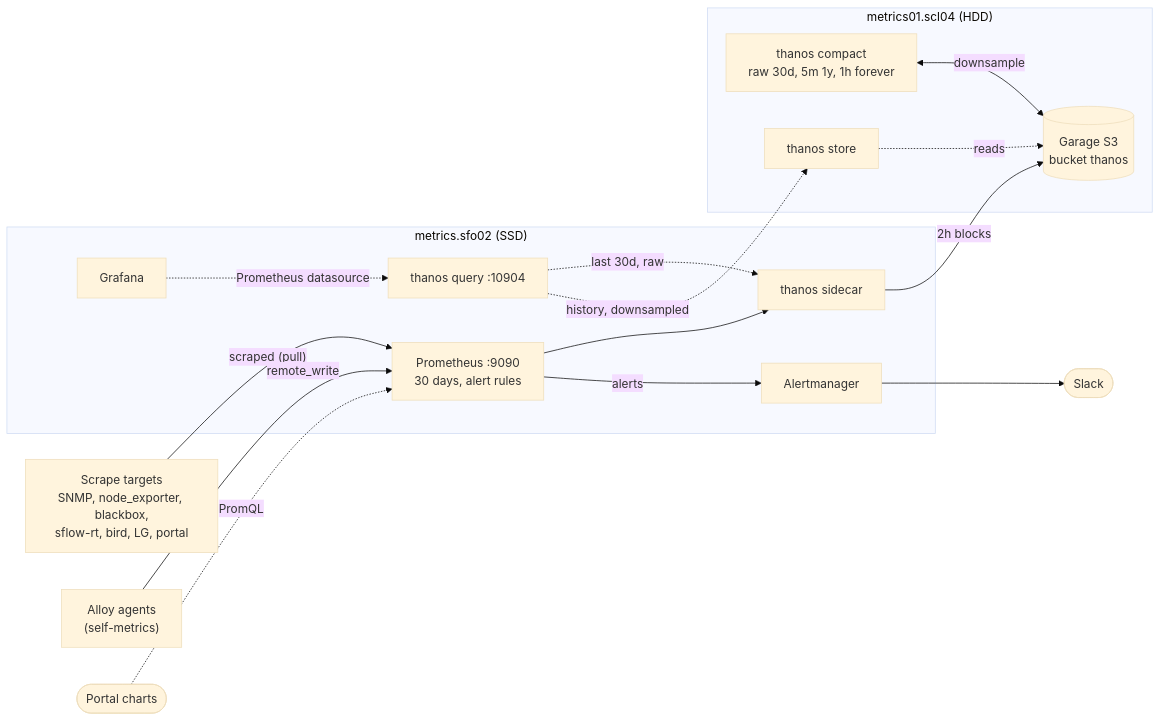
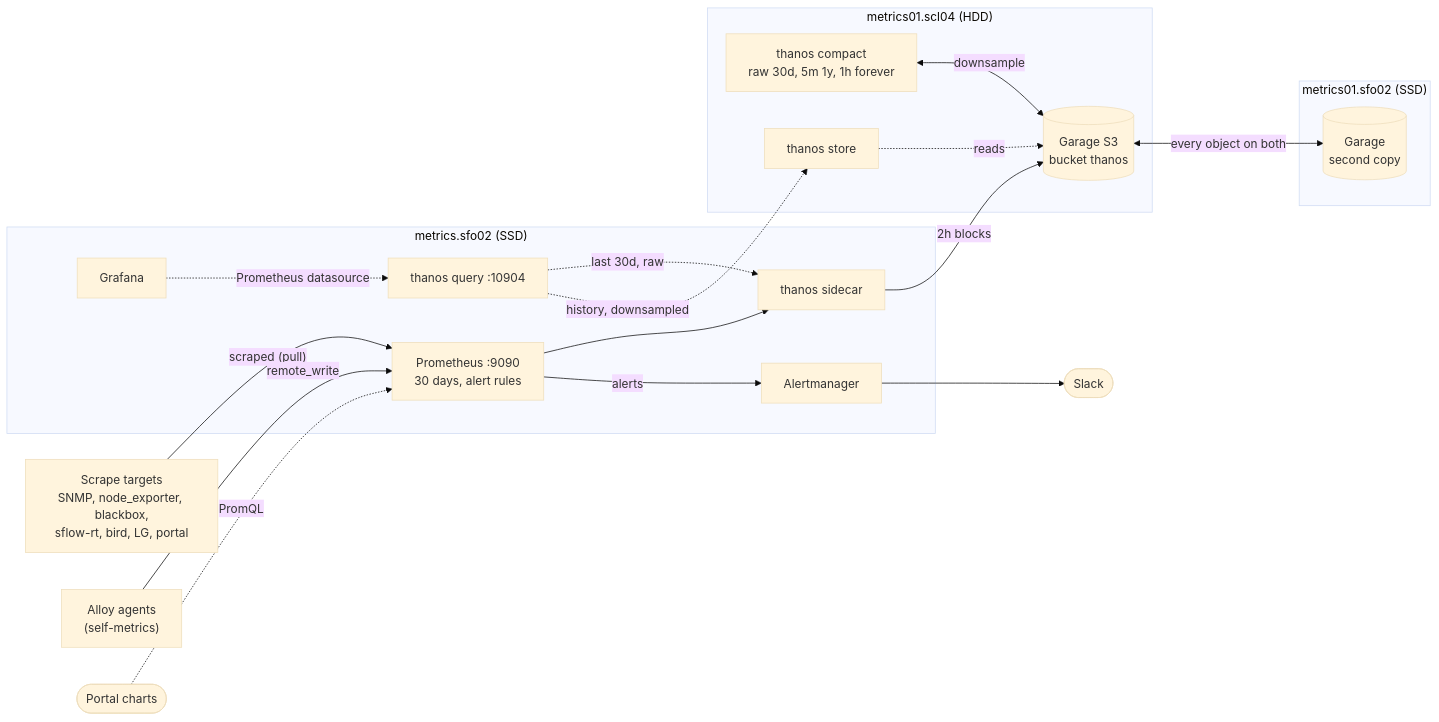
Before and after one commit to sfmix/sfmix: the second of 3 diagrams in documentation/design_docs/012-long-term-telemetry-storage.md, drawn with Mermaid (base theme). The commit also changed other lines of this file, not shown here.

Commit message:
docs(012): second Garage node, replication 2, rollout record

````diff
--- a/documentation/design_docs/012-long-term-telemetry-storage.md
+++ b/documentation/design_docs/012-long-term-telemetry-storage.md
@@ -52,28 +55,32 @@
 ```mermaid
 flowchart LR
   TGT["Scrape targets<br/>SNMP, node_exporter, blackbox,<br/>sflow-rt, bird, LG, portal"]
   AGENTS["Alloy agents<br/>(self-metrics)"]
   subgraph HOT["metrics.sfo02 (SSD)"]
     PROM["Prometheus :9090<br/>30 days, alert rules"]
     SC["thanos sidecar"]
     TQ["thanos query :10904"]
     GRAF["Grafana"]
     AM["Alertmanager"]
   end
   subgraph COLD["metrics01.scl04 (HDD)"]
     GAR[("Garage S3<br/>bucket thanos")]
     TC["thanos compact<br/>raw 30d, 5m 1y, 1h forever"]
     TS["thanos store"]
   end
+  subgraph REP["metrics01.sfo02 (SSD)"]
+    GAR2[("Garage<br/>second copy")]
+  end
+  GAR <-- "every object on both" --> GAR2
   TGT -- "scraped (pull)" --> PROM
   AGENTS -- "remote_write" --> PROM
   PROM --> SC
   SC -- "2h blocks" --> GAR
   TC <-- "downsample" --> GAR
   TS -. "reads" .-> GAR
   GRAF -. "Prometheus datasource" .-> TQ
   TQ -. "last 30d, raw" .-> SC
   TQ -. "history, downsampled" .-> TS
   PORTAL(["Portal charts"]) -. "PromQL" .-> PROM
   PROM -- "alerts" --> AM --> SLACK(["Slack"])
 ```
````
